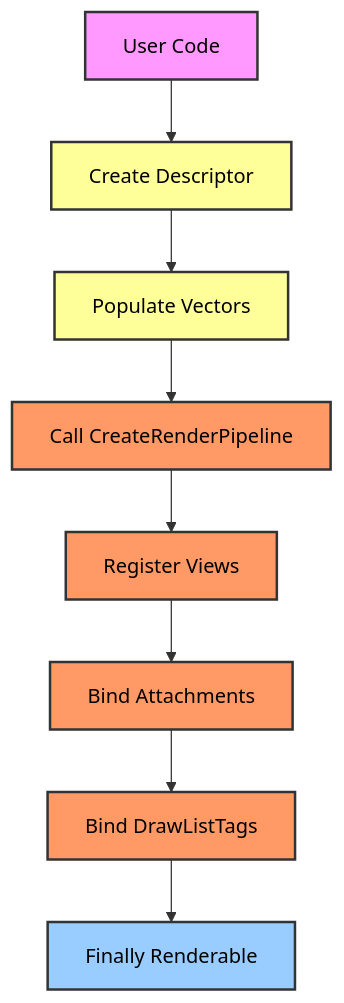
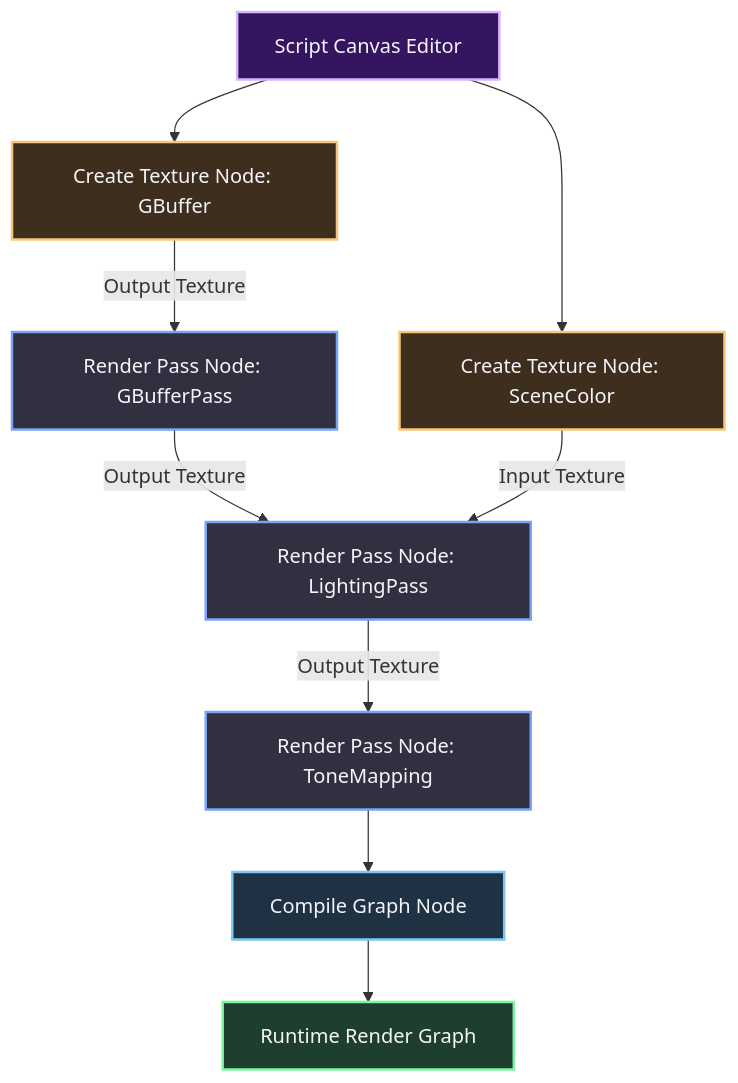
Before and after one commit to Astin-A/the-workshop: the first of 3 diagrams in content/Engine shit/O3DE/Atomic/3 API Ergonomics (Fluent Interfaces & Builders).md, drawn with Mermaid. The commit also changed other lines of this file and 24 other files, not shown here.

````diff
--- a/content/Engine shit/O3DE/Atomic/3 API Ergonomics (Fluent Interfaces & Builders).md
+++ b/content/Engine shit/O3DE/Atomic/3 API Ergonomics (Fluent Interfaces & Builders).md
@@ -17,19 +17,23 @@
 ```mermaid
 graph TD
-    A[User Code] --> B[Create Descriptor]
-    B --> C[Populate Vectors]
-    C --> D[Call CreateRenderPipeline]
-    D --> E[Register Views]
-    E --> F[Bind Attachments]
-    F --> G[Bind DrawListTags]
-    G --> H[Finally Renderable]
+    A[Script Canvas Editor] --> B[Create Texture Node: GBuffer]
+    A --> C[Create Texture Node: SceneColor]
+    B -->|Output Texture| D[Render Pass Node: GBufferPass]
+    D -->|Output Texture| E[Render Pass Node: LightingPass]
+    C -->|Input Texture| E
+    E -->|Output Texture| F[Render Pass Node: ToneMapping]
+    F --> G[Compile Graph Node]
+    G --> H[Runtime Render Graph]
 
-    style A fill:#f9f,stroke:#333,stroke-width:2px,color:#000
-    style B fill:#ff9,stroke:#333,stroke-width:2px,color:#000
-    style C fill:#ff9,stroke:#333,stroke-width:2px,color:#000
-    style D fill:#f96,stroke:#333,stroke-width:2px,color:#000
-    style E fill:#f96,stroke:#333,stroke-width:2px,color:#000
-    style F fill:#f96,stroke:#333,stroke-width:2px,color:#000
-    style G fill:#f96,stroke:#333,stroke-width:2px,color:#000
-    style H fill:#9cf,stroke:#333,stroke-width:2px,color:#000
+    classDef default fill:#303040,stroke:#7aa2f7,stroke-width:2px,color:#f5f5fa;
+    classDef highlight fill:#341660,stroke:#d8b4fe,stroke-width:2px,color:#f5f5fa;
+    classDef warning fill:#3e2e1e,stroke:#f7c87a,stroke-width:2px,color:#f5f5fa;
+    classDef info fill:#1e3244,stroke:#7ac7f7,stroke-width:2px,color:#f5f5fa;
+    classDef success fill:#1e3f2e,stroke:#7af7a2,stroke-width:2px,color:#f5f5fa;
+
+    class A highlight;
+    class B,C warning;
+    class D,E,F default;
+    class G info;
+    class H success;
 ```
````
